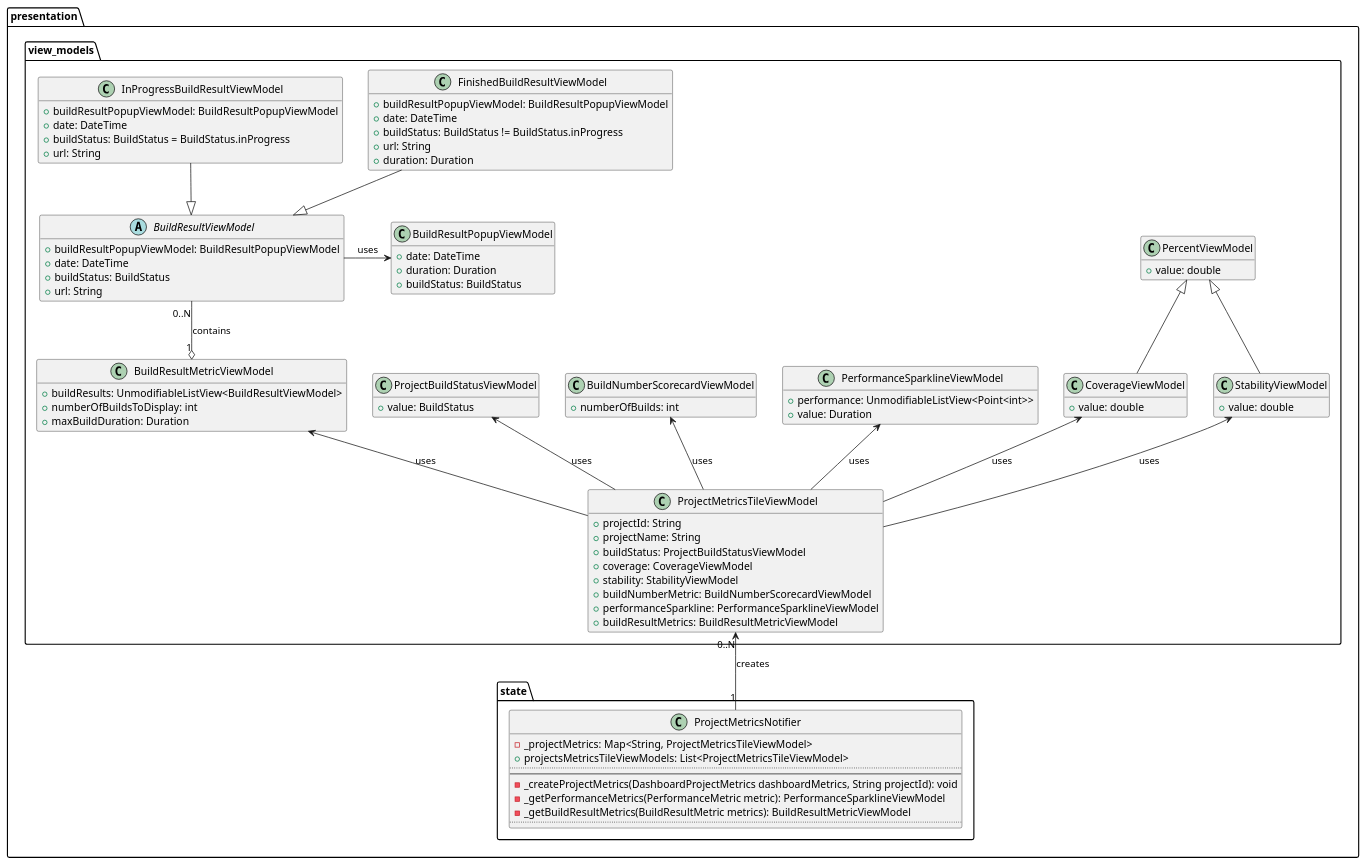
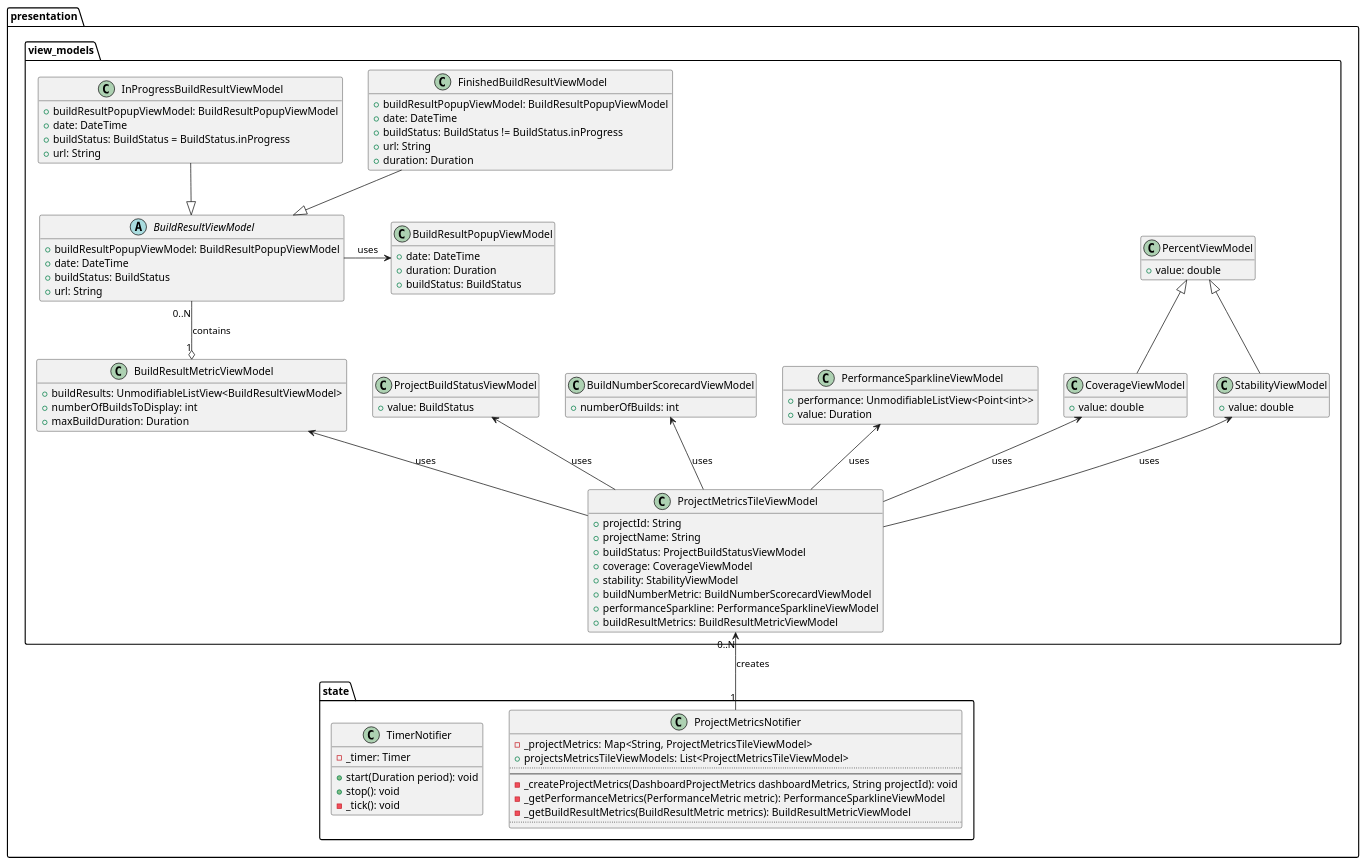
One commit to Flank/flank-dashboard changed the diagram in metrics/web/docs/features/in_progress_builds/diagrams/presentation_layer_class_diagram.puml. Above: the diagram before and after it, drawn with PlantUML. The commit also changed 2 other files, not shown here.

```diff
--- a/metrics/web/docs/features/in_progress_builds/diagrams/presentation_layer_class_diagram.puml
+++ b/metrics/web/docs/features/in_progress_builds/diagrams/presentation_layer_class_diagram.puml
@@ -1,114 +1,121 @@
 @startuml presentation_layer_class_diagram
 'https://plantuml.com/class-diagram
 
 hide empty members
 
 package presentation {
     package state {
         class ProjectMetricsNotifier {
             - _projectMetrics: Map<String, ProjectMetricsTileViewModel>
             + projectsMetricsTileViewModels: List<ProjectMetricsTileViewModel>
             ..
             --
             - _createProjectMetrics(DashboardProjectMetrics dashboardMetrics, String projectId): void
             - _getPerformanceMetrics(PerformanceMetric metric): PerformanceSparklineViewModel
             - _getBuildResultMetrics(BuildResultMetric metrics): BuildResultMetricViewModel
             ..
+        }
+
+        class TimerNotifier {
+            - _timer: Timer
+            + start(Duration period): void
+            + stop(): void
+            - _tick(): void
         }
     }
 
     package view_models {
         class BuildNumberScorecardViewModel {
             + numberOfBuilds: int
         }
 
         class BuildResultMetricViewModel {
             + buildResults: UnmodifiableListView<BuildResultViewModel>
             + numberOfBuildsToDisplay: int
             + maxBuildDuration: Duration
         }
 
         class BuildResultPopupViewModel {
             + date: DateTime
             + duration: Duration
             + buildStatus: BuildStatus
         }
 
         abstract class BuildResultViewModel {
             + buildResultPopupViewModel: BuildResultPopupViewModel
             + date: DateTime
             + buildStatus: BuildStatus
             + url: String
         }
 
         class FinishedBuildResultViewModel {
             + buildResultPopupViewModel: BuildResultPopupViewModel
             + date: DateTime
             + buildStatus: BuildStatus != BuildStatus.inProgress
             + url: String
             + duration: Duration
         }
 
         class InProgressBuildResultViewModel {
             + buildResultPopupViewModel: BuildResultPopupViewModel
             + date: DateTime
             + buildStatus: BuildStatus = BuildStatus.inProgress
             + url: String
         }
 
         class PercentViewModel {
             + value: double
         }
 
         class CoverageViewModel {
             + value: double
         }
 
         class StabilityViewModel {
             + value: double
         }
 
         class PerformanceSparklineViewModel {
             + performance: UnmodifiableListView<Point<int>>
             + value: Duration
         }
 
         class ProjectBuildStatusViewModel {
             + value: BuildStatus
         }
 
         class ProjectMetricsTileViewModel {
             + projectId: String
             + projectName: String
             + buildStatus: ProjectBuildStatusViewModel
             + coverage: CoverageViewModel
             + stability: StabilityViewModel
             + buildNumberMetric: BuildNumberScorecardViewModel
             + performanceSparkline: PerformanceSparklineViewModel
             + buildResultMetrics: BuildResultMetricViewModel
         }
 
         CoverageViewModel -up-|> PercentViewModel
         StabilityViewModel -up-|> PercentViewModel
 
         ProjectMetricsTileViewModel -up-> ProjectBuildStatusViewModel: uses
         ProjectMetricsTileViewModel -up-> BuildNumberScorecardViewModel: uses
         ProjectMetricsTileViewModel -up-> PerformanceSparklineViewModel: uses
         ProjectMetricsTileViewModel -up-> BuildResultMetricViewModel: uses
         ProjectMetricsTileViewModel -up-> CoverageViewModel: uses
         ProjectMetricsTileViewModel -up-> StabilityViewModel: uses
 
         BuildResultMetricViewModel -[hidden]> ProjectBuildStatusViewModel
         ProjectBuildStatusViewModel -[hidden]> BuildNumberScorecardViewModel
         BuildNumberScorecardViewModel -[hidden]> PerformanceSparklineViewModel
 
         BuildResultMetricViewModel "1" o-up- "0..N" BuildResultViewModel: contains
         BuildResultViewModel -right-> BuildResultPopupViewModel: uses
         FinishedBuildResultViewModel -down-|> BuildResultViewModel
         InProgressBuildResultViewModel -down-|> BuildResultViewModel
     }
 
     ProjectMetricsNotifier "1" -up-> "0..N" ProjectMetricsTileViewModel: creates
 }
 
 @enduml
```
